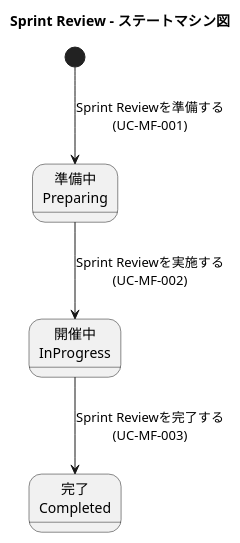
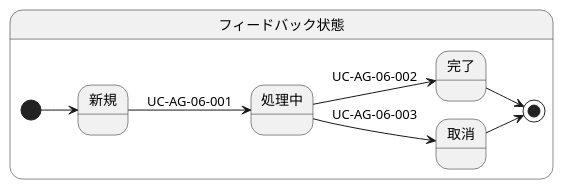
Before and after one commit to mizo432/modulith-learning: the diagram in docs/22 要件定義書/AG アジルーム/03 機能要件/AG-06 成果計測・フィードバック適応/04.システム/02.ステート/ステートマシン図.md, drawn with PlantUML. The commit also changed other lines of this file and 884 other files, not shown here.

````diff
--- a/docs/22 要件定義書/AG アジルーム/03 機能要件/AG-06 成果計測・フィードバック適応/04.システム/02.ステート/ステートマシン図.md
+++ b/docs/22 要件定義書/AG アジルーム/03 機能要件/AG-06 成果計測・フィードバック適応/04.システム/02.ステート/ステートマシン図.md
@@ -25,13 +5,12 @@
-```plantuml
 @startuml
-title Sprint Review - ステートマシン図
+left to right direction
 
-state "準備中\nPreparing" as Preparing
-state "開催中\nInProgress" as InProgress
-state "完了\nCompleted" as Completed
-
-[*] --> Preparing : Sprint Reviewを準備する\n(UC-MF-001)
-Preparing --> InProgress : Sprint Reviewを実施する\n(UC-MF-002)
-InProgress --> Completed : Sprint Reviewを完了する\n(UC-MF-003)
+state "フィードバック状態" as FEEDBACKStates {
+  [*] --> 新規
+  新規 --> 処理中 : UC-AG-06-001
+  処理中 --> 完了 : UC-AG-06-002
+  処理中 --> 取消 : UC-AG-06-003
+  完了 --> [*]
+  取消 --> [*]
+}
 @enduml
-```
````
